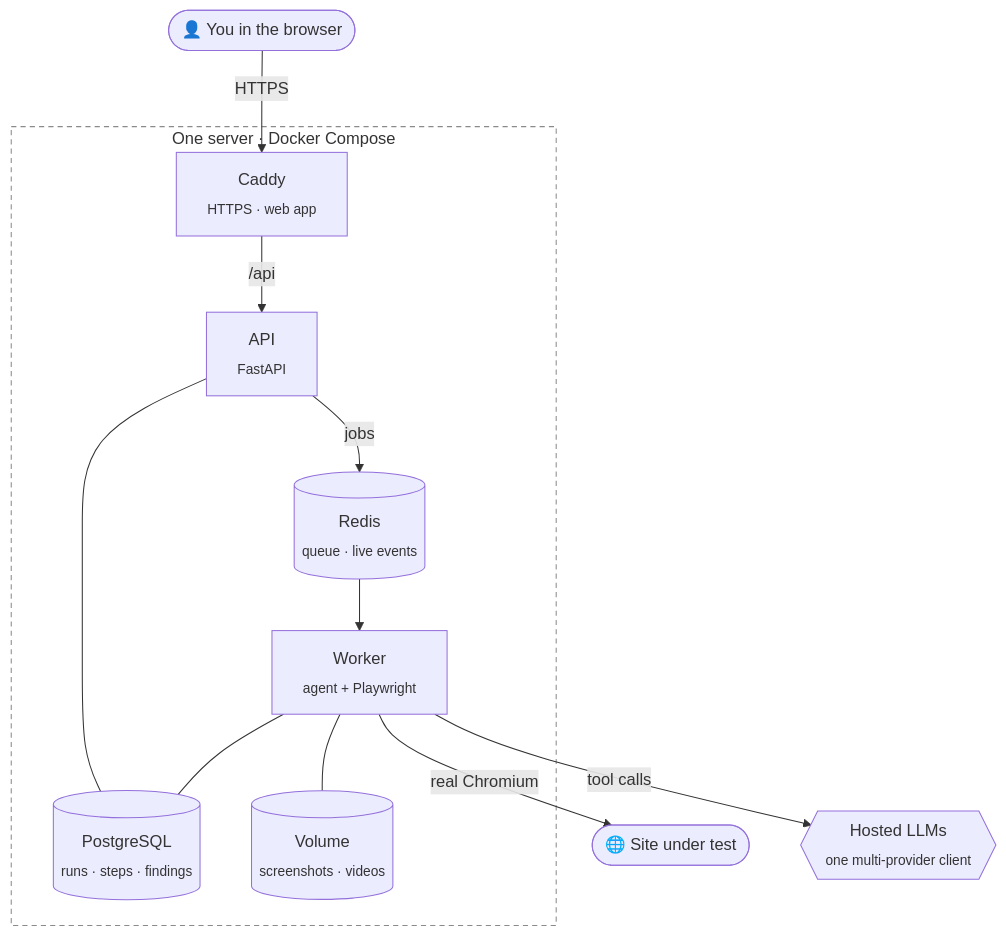
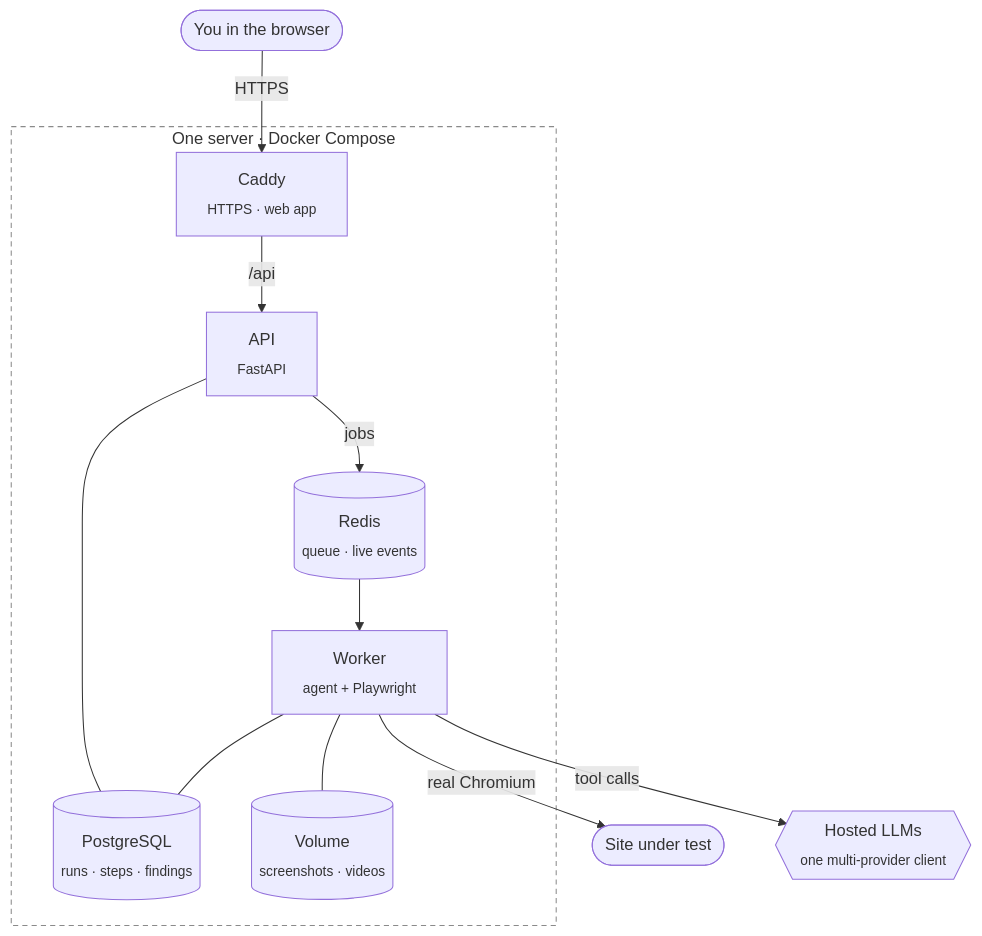
Before and after one commit to n9e6y/test-badger: the first of 3 diagrams in README.md, drawn with Mermaid. The commit also changed other lines of this file and 1 other file, not shown here.

````diff
--- a/README.md
+++ b/README.md
@@ -107,15 +107,15 @@
 ```mermaid
 flowchart TB
-    U(["👤 You in the browser"]) -- HTTPS --> C
+    U(["You in the browser"]) -- HTTPS --> C
     subgraph server ["One server · Docker Compose"]
         C["Caddy<br/><sub>HTTPS · web app</sub>"] -- /api --> A["API<br/><sub>FastAPI</sub>"]
         A -- jobs --> R[("Redis<br/><sub>queue · live events</sub>")]
         R --> W["Worker<br/><sub>agent + Playwright</sub>"]
         A --- P[("PostgreSQL<br/><sub>runs · steps · findings</sub>")]
         W --- P
         W --- V[("Volume<br/><sub>screenshots · videos</sub>")]
     end
-    W -- real Chromium --> S(["🌐 Site under test"])
+    W -- real Chromium --> S(["Site under test"])
     W -- tool calls --> L{{"Hosted LLMs<br/><sub>one multi-provider client</sub>"}}
     style server fill:none,stroke:#8a8a8a,stroke-dasharray:5 4
 ```
````
